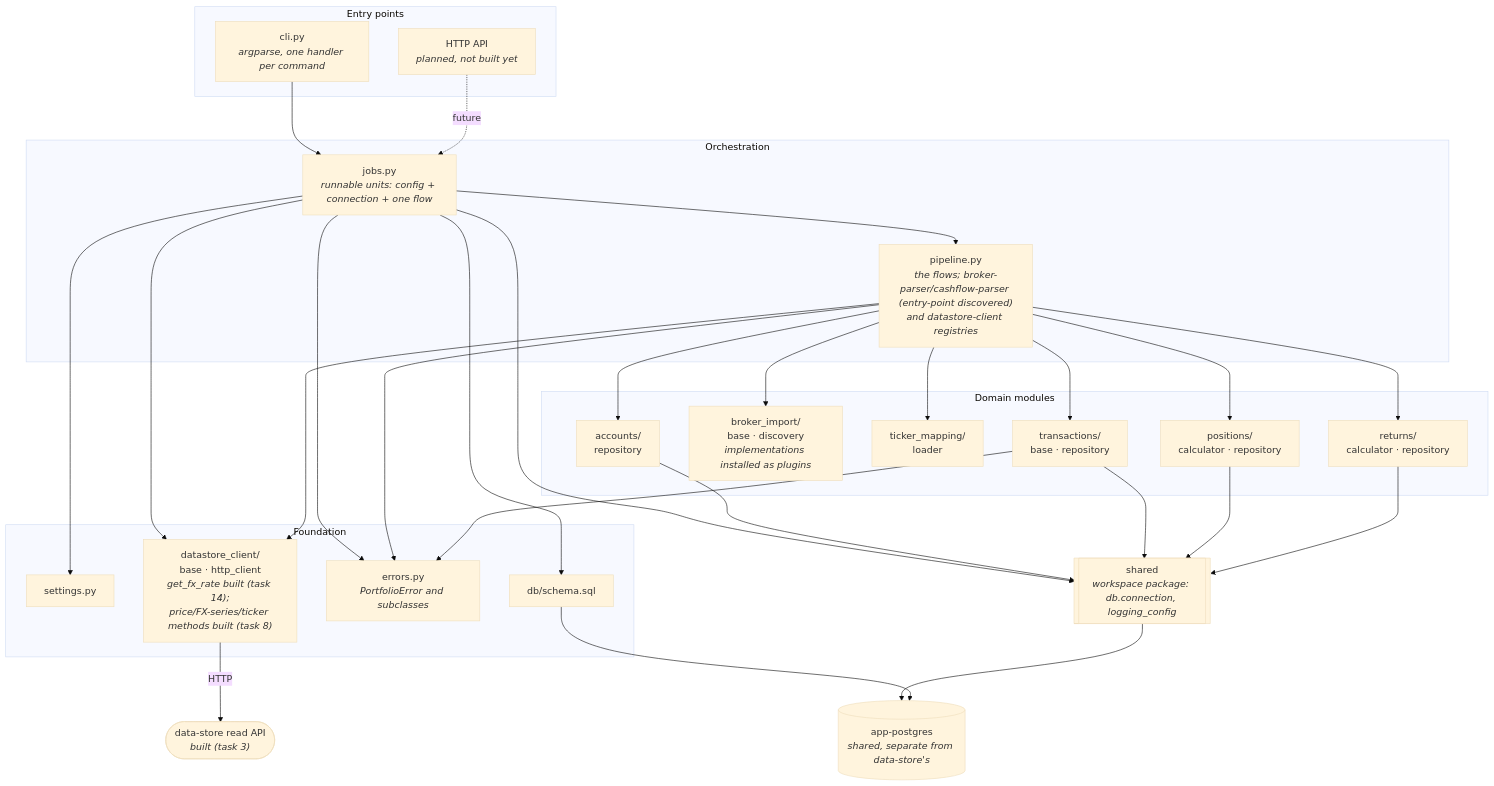
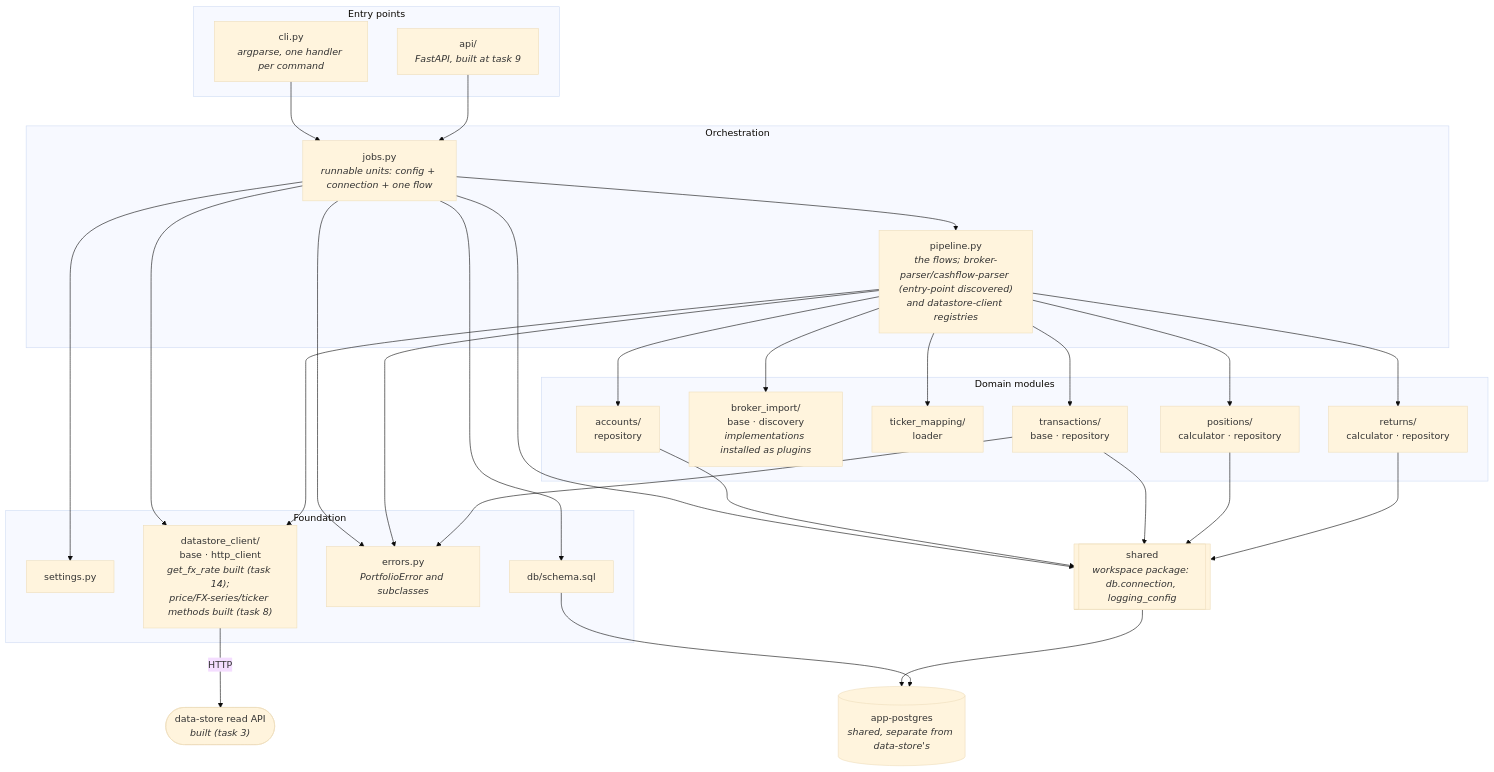
One commit to jpedropereira/Stakehold changed the first of 2 diagrams in services/portfolio/docs/architecture.md. Above: the diagram before and after it, drawn with Mermaid (base theme). The commit also changed other lines of this file and 1 other file, not shown here.

First line of the commit message:
Document the portfolio HTTP API and mark task 9 done

````diff
--- a/services/portfolio/docs/architecture.md
+++ b/services/portfolio/docs/architecture.md
@@ -55,57 +54,57 @@
 ```mermaid
 flowchart TD
     subgraph entry["Entry points"]
         CLI["cli.py<br/><i>argparse, one handler per command</i>"]
-        API["HTTP API<br/><i>planned, not built yet</i>"]
+        API["api/<br/><i>FastAPI, built at task 9</i>"]
     end
 
     subgraph orch["Orchestration"]
         JOBS["jobs.py<br/><i>runnable units: config + connection + one flow</i>"]
         PIPE["pipeline.py<br/><i>the flows; broker-parser/cashflow-parser (entry-point discovered)<br/>and datastore-client registries</i>"]
     end
 
     subgraph domain["Domain modules"]
         ACC["accounts/<br/>repository"]
         IMP["broker_import/<br/>base · discovery<br/><i>implementations installed as plugins</i>"]
         MAP["ticker_mapping/<br/>loader"]
         TXN["transactions/<br/>base · repository"]
         POS["positions/<br/>calculator · repository"]
         RET["returns/<br/>calculator · repository"]
     end
 
     subgraph found["Foundation"]
         SET["settings.py"]
         DB["db/schema.sql"]
         ERR["errors.py<br/><i>PortfolioError and subclasses</i>"]
         DSC["datastore_client/<br/>base · http_client<br/><i>get_fx_rate built (task 14);<br/>price/FX-series/ticker methods built (task 8)</i>"]
     end
 
     SH[["shared<br/><i>workspace package: db.connection, logging_config</i>"]]
     PG[("app-postgres<br/><i>shared, separate from data-store's</i>")]
     DSAPI(["data-store read API<br/><i>built (task 3)</i>"])
 
     CLI --> JOBS
-    API -.future.-> JOBS
+    API --> JOBS
     JOBS --> PIPE
     JOBS --> SET
     JOBS --> DB
     JOBS --> ERR
     JOBS --> DSC
     PIPE --> ACC
     PIPE --> IMP
     PIPE --> MAP
     PIPE --> TXN
     PIPE --> POS
     PIPE --> RET
     PIPE --> DSC
     PIPE --> ERR
     TXN --> ERR
     JOBS --> SH
     ACC --> SH
     TXN --> SH
     POS --> SH
     RET --> SH
     SH --> PG
     DB --> PG
     DSC -->|HTTP| DSAPI
 ```
````
